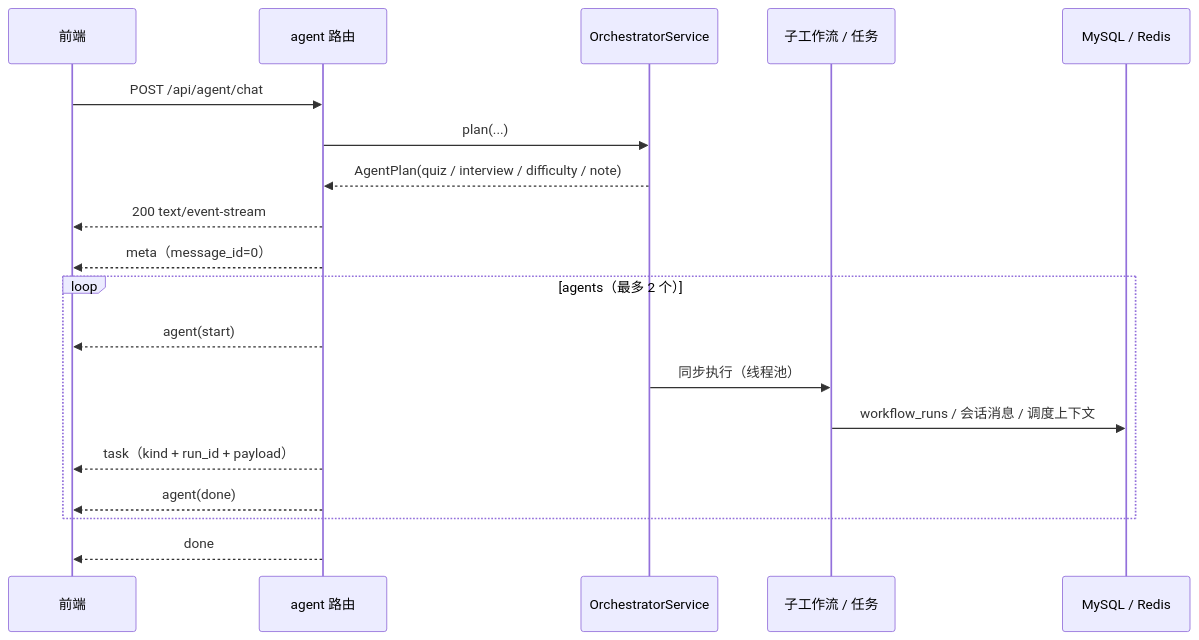
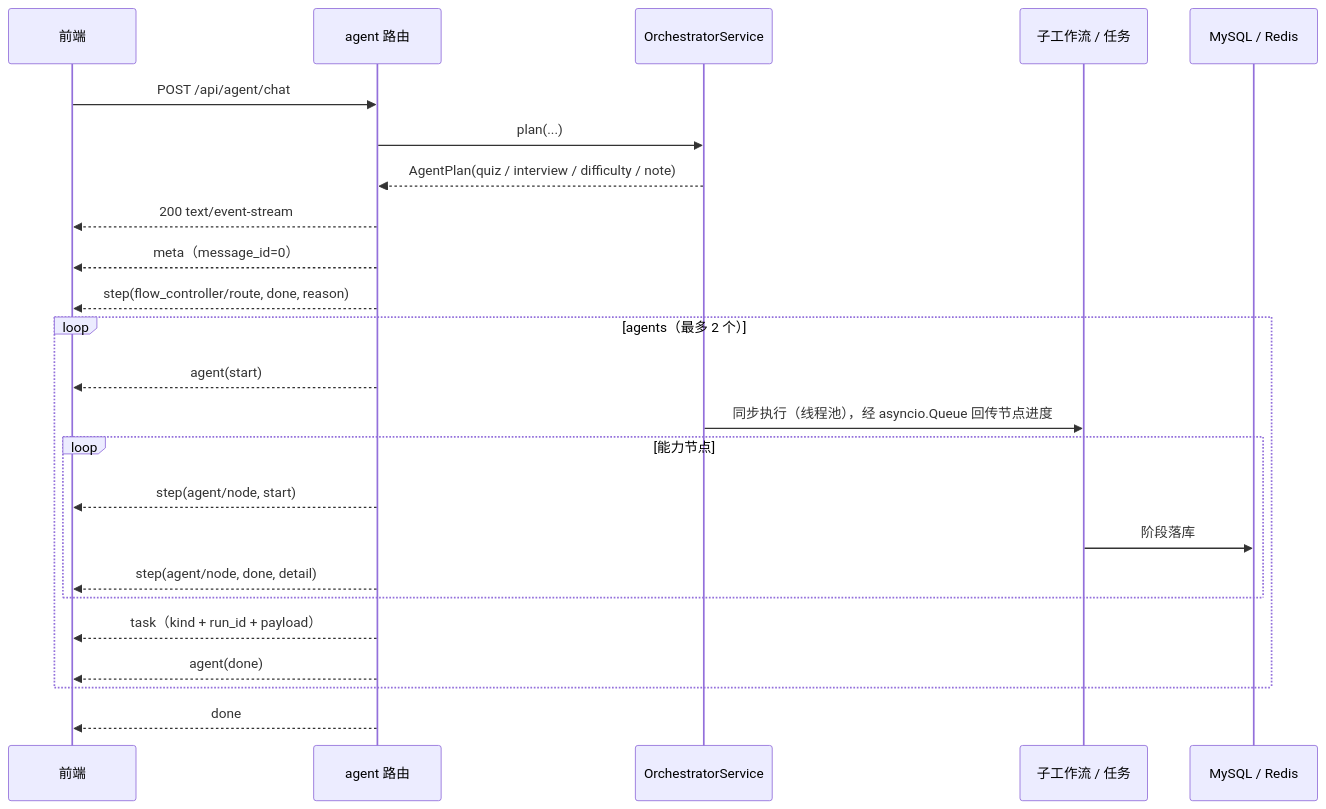
Before and after one commit to jiayinjiang-pistachio/study-pass-ai: the third of 7 diagrams in agent-backend/docs/orchestrator-workflow-design.md, drawn with Mermaid. The commit also changed other lines of this file and 37 other files, not shown here.

````diff
--- a/agent-backend/docs/orchestrator-workflow-design.md
+++ b/agent-backend/docs/orchestrator-workflow-design.md
@@ -139,22 +148,27 @@
 ```mermaid
 sequenceDiagram
     participant FE as 前端
     participant R as agent 路由
     participant S as OrchestratorService
     participant W as 子工作流 / 任务
     participant DB as MySQL / Redis
 
     FE->>R: POST /api/agent/chat
     R->>S: plan(...)
     S-->>R: AgentPlan(quiz / interview / difficulty / note)
     R-->>FE: 200 text/event-stream
     R-->>FE: meta（message_id=0）
+    R-->>FE: step(flow_controller/route, done, reason)
     loop agents（最多 2 个）
         R-->>FE: agent(start)
-        S->>W: 同步执行（线程池）
-        W->>DB: workflow_runs / 会话消息 / 调度上下文
+        S->>W: 同步执行（线程池），经 asyncio.Queue 回传节点进度
+        loop 能力节点
+            R-->>FE: step(agent/node, start)
+            W->>DB: 阶段落库
+            R-->>FE: step(agent/node, done, detail)
+        end
         R-->>FE: task（kind + run_id + payload）
         R-->>FE: agent(done)
     end
     R-->>FE: done
 ```
````
